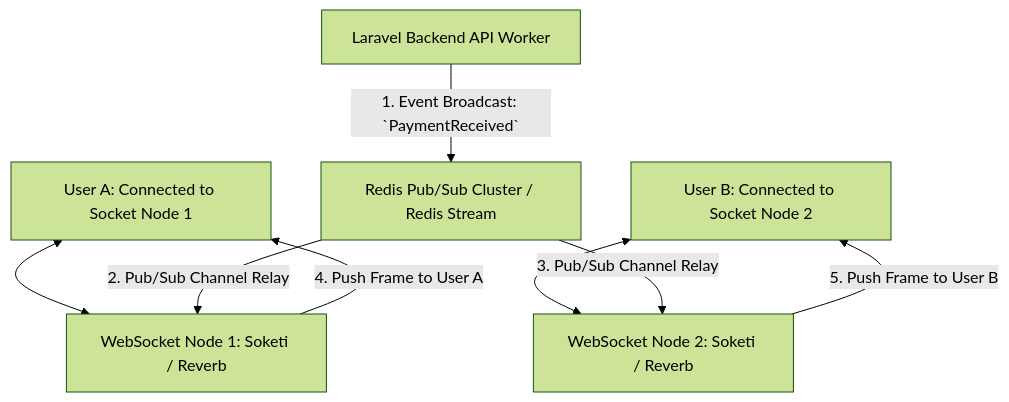
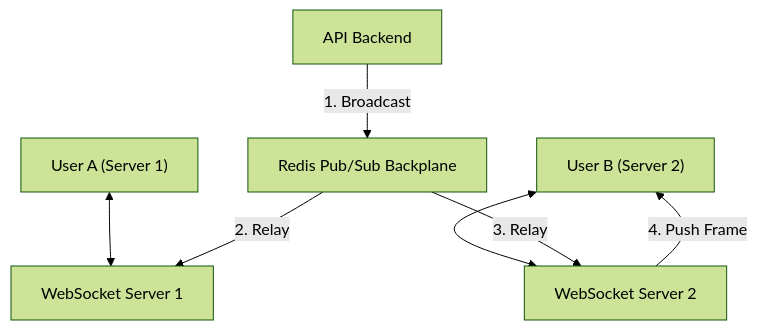
The second of 2 diagrams in system-design/01_websockets_scaling_pubsub.md (fazleyrabby/backend-engineering-mastery), drawn with Mermaid (forest theme) before and after one commit. The commit also changed other lines of this file and 15 other files, not shown here.

````diff
--- a/system-design/01_websockets_scaling_pubsub.md
+++ b/system-design/01_websockets_scaling_pubsub.md
@@ -44,13 +42,10 @@
 ```mermaid
 flowchart TD
-    UserA[User A: Connected to Socket Node 1] <--> Node1[WebSocket Node 1: Soketi / Reverb]
-    UserB[User B: Connected to Socket Node 2] <--> Node2[WebSocket Node 2: Soketi / Reverb]
+    UserA["User A (Server 1)"] <--> Node1["WebSocket Server 1"]
+    UserB["User B (Server 2)"] <--> Node2["WebSocket Server 2"]
     
-    Laravel[Laravel Backend API Worker] -->|1. Event Broadcast: `PaymentReceived`| Redis[Redis Pub/Sub Cluster / Redis Stream]
-    
-    Redis -->|2. Pub/Sub Channel Relay| Node1
-    Redis -->|3. Pub/Sub Channel Relay| Node2
-    
-    Node1 -->|4. Push Frame to User A| UserA
-    Node2 -->|5. Push Frame to User B| UserB
+    Backend["API Backend"] -->|1. Broadcast| Redis["Redis Pub/Sub Backplane"]
+    Redis -->|2. Relay| Node1
+    Redis -->|3. Relay| Node2
+    Node2 -->|4. Push Frame| UserB
 ```
````
